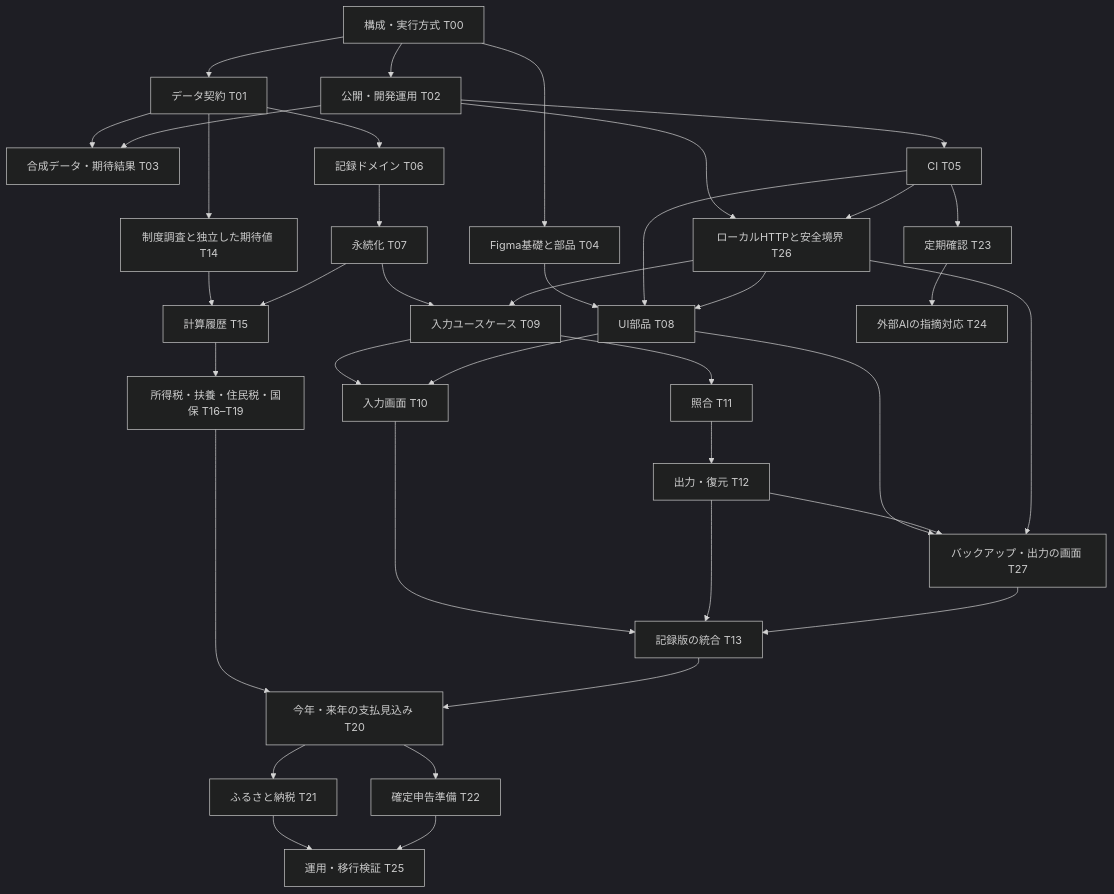
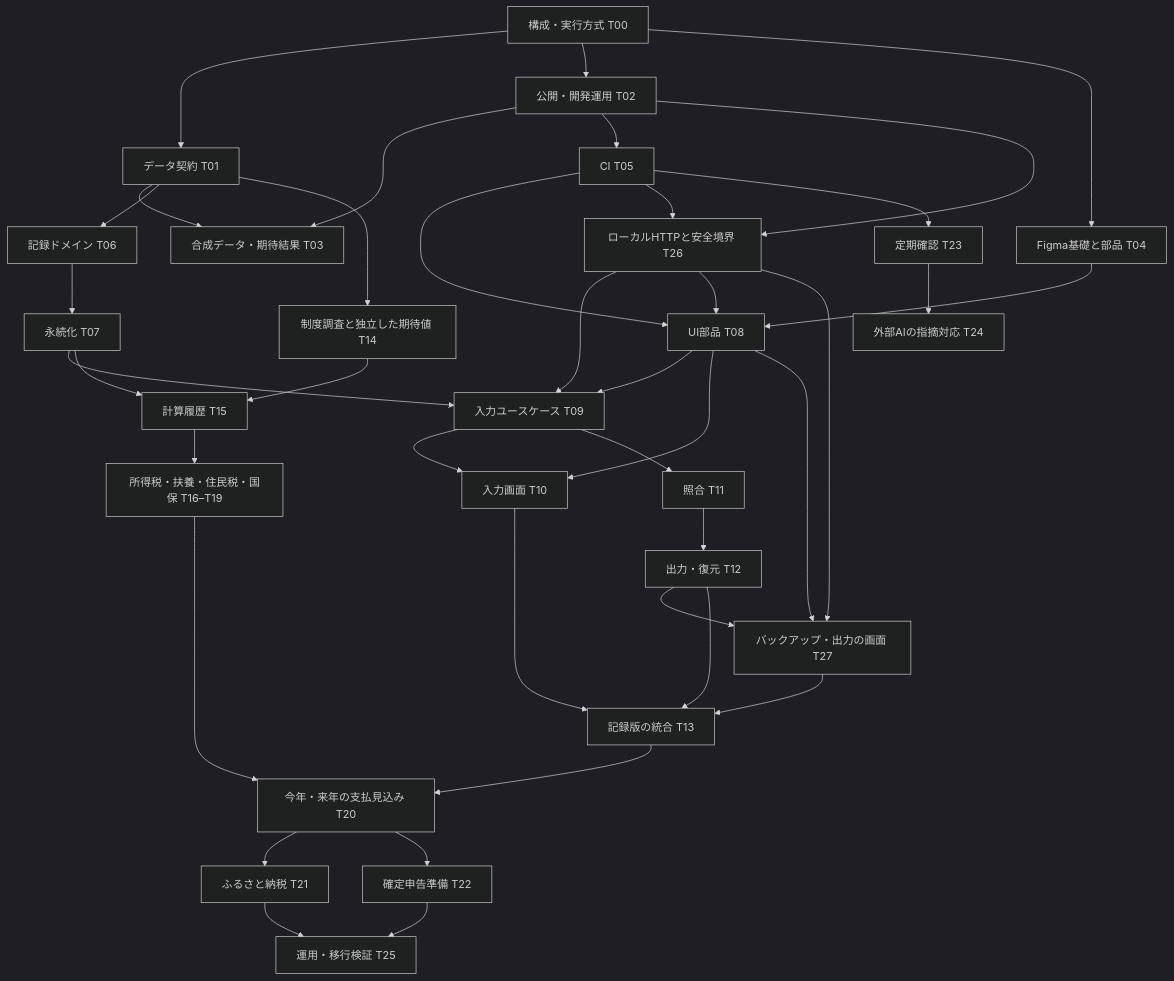
The diagram in docs/implementation-plan.md (doc-gif/kurashi-ledger), drawn with Mermaid (dark theme) before and after one commit. The commit also changed 2 other files, not shown here.

Commit message:
docs: make T09 depend on T08
T09 verifies the dist manifest that T08 builds and wires the data-root
checks into the dev startup that embeds Vite (T08), so add T08 to the
T09 dependencies, the plan graph and the ADR index note.

````diff
--- a/docs/implementation-plan.md
+++ b/docs/implementation-plan.md
@@ -28,40 +28,41 @@
 ```mermaid
 flowchart TD
   T00[構成・実行方式 T00] --> T01[データ契約 T01]
   T00 --> T02[公開・開発運用 T02]
   T01 --> T03[合成データ・期待結果 T03]
   T02 --> T03
   T01 --> T06[記録ドメイン T06]
   T00 --> T04[Figma基礎と部品 T04]
   T04 --> T08[UI部品 T08]
   T02 --> T05[CI T05]
   T05 --> T08
   T06 --> T07[永続化 T07]
   T07 --> T09[入力ユースケース T09]
   T02 --> T26[ローカルHTTPと安全境界 T26]
   T05 --> T26
   T26 --> T09
+  T08 --> T09
   T26 --> T08
   T09 --> T10[入力画面 T10]
   T08 --> T10
   T09 --> T11[照合 T11]
   T11 --> T12[出力・復元 T12]
   T08 --> T27[バックアップ・出力の画面 T27]
   T12 --> T27
   T26 --> T27
   T10 --> T13[記録版の統合 T13]
   T12 --> T13
   T27 --> T13
   T01 --> T14[制度調査と独立した期待値 T14]
   T14 --> T15[計算履歴 T15]
   T07 --> T15
   T15 --> CALC[所得税・扶養・住民税・国保 T16–T19]
   CALC --> T20[今年・来年の支払見込み T20]
   T13 --> T20
   T20 --> T21[ふるさと納税 T21]
   T20 --> T22[確定申告準備 T22]
   T05 --> T23[定期確認 T23]
   T23 --> T24[外部AIの指摘対応 T24]
   T21 --> T25[運用・移行検証 T25]
   T22 --> T25
 ```
````
